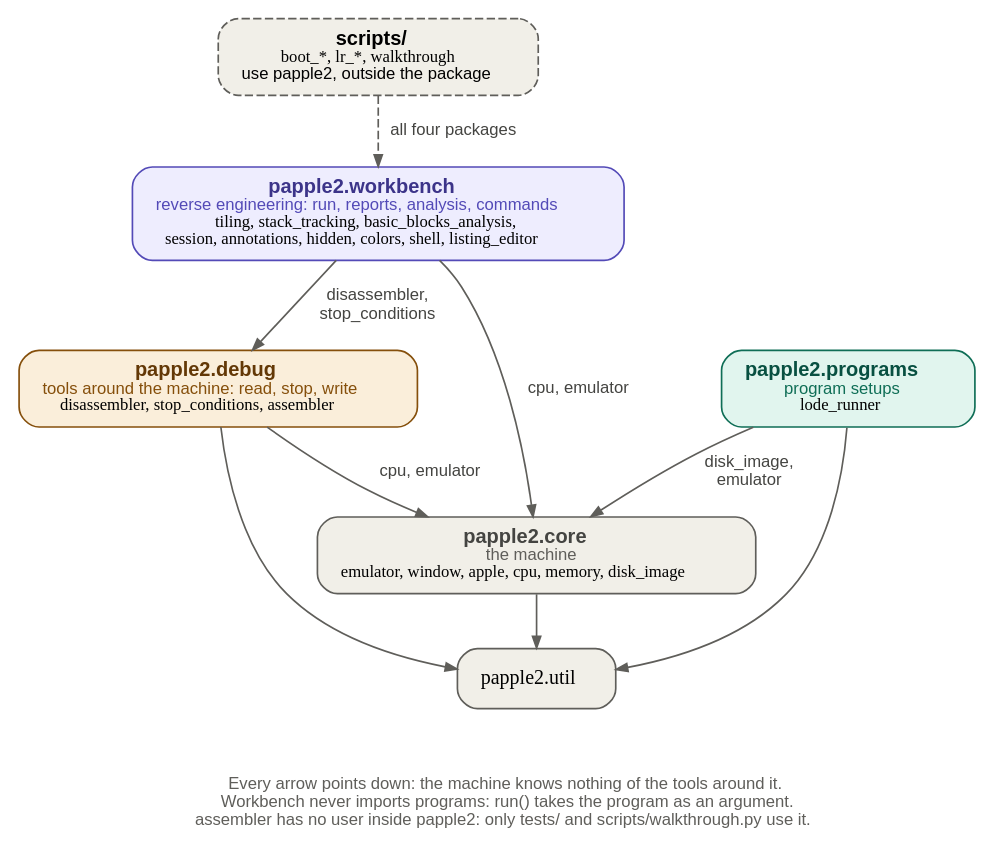
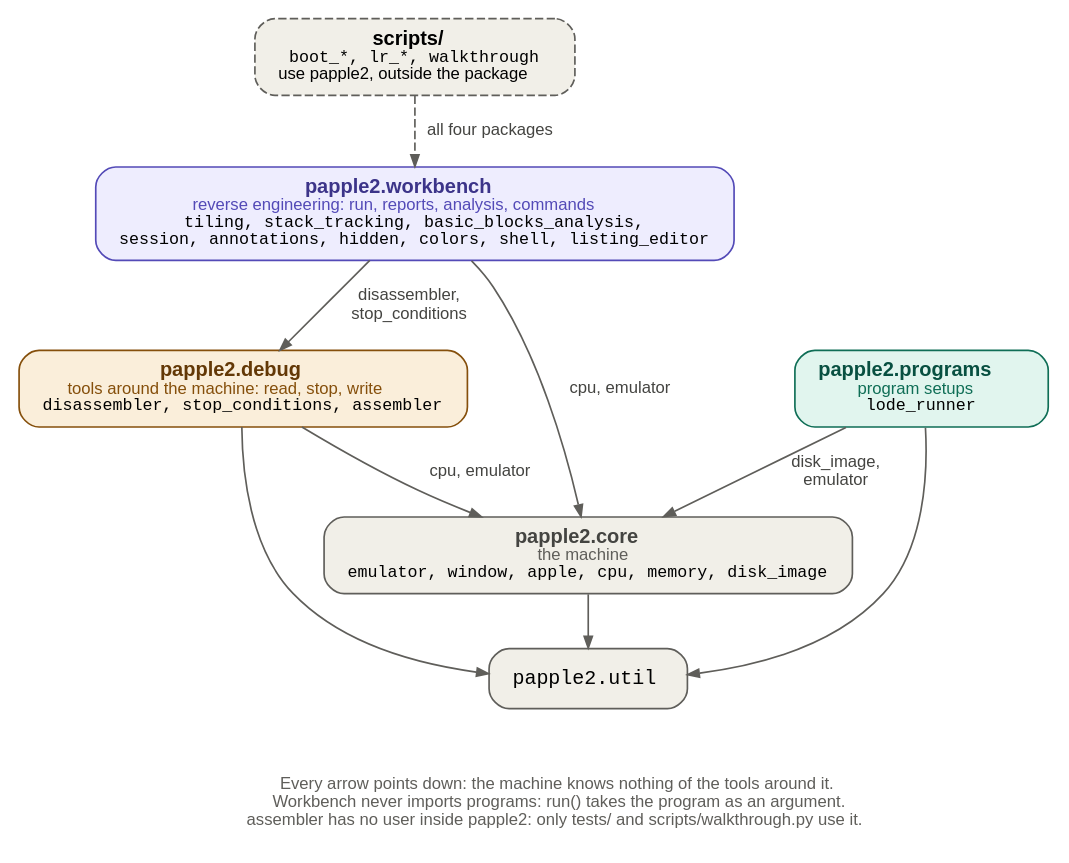
Before and after one commit to fschuhi/papple2: the diagram in docs/diagrams/packages.dot, drawn with Graphviz. The commit also changed 17 other files, not shown here.

Commit message:
diagrams done, documentation updated

```diff
--- a/docs/diagrams/packages.dot
+++ b/docs/diagrams/packages.dot
@@ -1,45 +1,45 @@
 // Overview: the four packages of papple2 and who imports whom.
 // The insides of workbench and core are in workbench.dot and core.dot.
 //
 // An arrow points from the package that imports to the package imported,
 // labelled with the modules imported. Rendered by `make presentation`.
 
 digraph packages {
     rankdir=TB;
     newrank=true;
     size="13.3,7.5";
     nodesep=0.5;
     ranksep=0.45;
     bgcolor="white";
     fontname="Helvetica";
     node [shape=box, style="rounded,filled", fontname="Helvetica", fontsize=12,
           color="#5F5E5A", penwidth=1, margin="0.2,0.1"];
     edge [color="#5F5E5A", fontname="Helvetica", fontsize=10, fontcolor="#444441",
           arrowsize=0.7];
 
-    scripts [style="rounded,filled,dashed", fillcolor="#F1EFE8", label=<<B>scripts/</B><BR/><FONT POINT-SIZE="10" FACE="Menlo">boot_*, lr_*, walkthrough</FONT><BR/><FONT POINT-SIZE="10">use papple2, outside the package</FONT>>];
+    scripts [style="rounded,filled,dashed", fillcolor="#F1EFE8", label=<<B>scripts/</B><BR/><FONT POINT-SIZE="10" FACE="monospace">boot_*, lr_*, walkthrough</FONT><BR/><FONT POINT-SIZE="10">use papple2, outside the package</FONT>>];
 
-    workbench [fillcolor="#EEEDFE", color="#534AB7", label=<<FONT COLOR="#3C3489"><B>papple2.workbench</B></FONT><BR/><FONT POINT-SIZE="10" COLOR="#534AB7">reverse engineering: run, reports, analysis, commands</FONT><BR/><FONT POINT-SIZE="10" FACE="Menlo">tiling, stack_tracking, basic_blocks_analysis,<BR/>session, annotations, hidden, colors, shell, listing_editor</FONT>>];
+    workbench [fillcolor="#EEEDFE", color="#534AB7", label=<<FONT COLOR="#3C3489"><B>papple2.workbench</B></FONT><BR/><FONT POINT-SIZE="10" COLOR="#534AB7">reverse engineering: run, reports, analysis, commands</FONT><BR/><FONT POINT-SIZE="10" FACE="monospace">tiling, stack_tracking, basic_blocks_analysis,<BR/>session, annotations, hidden, colors, shell, listing_editor</FONT>>];
 
-    debug [fillcolor="#FAEEDA", color="#854F0B", label=<<FONT COLOR="#633806"><B>papple2.debug</B></FONT><BR/><FONT POINT-SIZE="10" COLOR="#854F0B">tools around the machine: read, stop, write</FONT><BR/><FONT POINT-SIZE="10" FACE="Menlo">disassembler, stop_conditions, assembler</FONT>>];
+    debug [fillcolor="#FAEEDA", color="#854F0B", label=<<FONT COLOR="#633806"><B>papple2.debug</B></FONT><BR/><FONT POINT-SIZE="10" COLOR="#854F0B">tools around the machine: read, stop, write</FONT><BR/><FONT POINT-SIZE="10" FACE="monospace">disassembler, stop_conditions, assembler</FONT>>];
 
-    programs [fillcolor="#E1F5EE", color="#0F6E56", label=<<FONT COLOR="#085041"><B>papple2.programs</B></FONT><BR/><FONT POINT-SIZE="10" COLOR="#0F6E56">program setups</FONT><BR/><FONT POINT-SIZE="10" FACE="Menlo">lode_runner</FONT>>];
+    programs [fillcolor="#E1F5EE", color="#0F6E56", label=<<FONT COLOR="#085041"><B>papple2.programs</B></FONT><BR/><FONT POINT-SIZE="10" COLOR="#0F6E56">program setups</FONT><BR/><FONT POINT-SIZE="10" FACE="monospace">lode_runner</FONT>>];
 
-    core [fillcolor="#F1EFE8", color="#5F5E5A", label=<<FONT COLOR="#444441"><B>papple2.core</B></FONT><BR/><FONT POINT-SIZE="10" COLOR="#5F5E5A">the machine</FONT><BR/><FONT POINT-SIZE="10" FACE="Menlo">emulator, window, apple, cpu, memory, disk_image</FONT>>];
+    core [fillcolor="#F1EFE8", color="#5F5E5A", label=<<FONT COLOR="#444441"><B>papple2.core</B></FONT><BR/><FONT POINT-SIZE="10" COLOR="#5F5E5A">the machine</FONT><BR/><FONT POINT-SIZE="10" FACE="monospace">emulator, window, apple, cpu, memory, disk_image</FONT>>];
 
-    util [fillcolor="#F1EFE8", label=<<FONT FACE="Menlo">papple2.util</FONT>>];
+    util [fillcolor="#F1EFE8", label=<<FONT FACE="monospace">papple2.util</FONT>>];
 
     { rank=same; debug; programs; }
 
     scripts -> workbench [style=dashed, label=" all four packages "];
     workbench -> debug [label=" disassembler,\n stop_conditions "];
     workbench -> core [label=" cpu, emulator "];
     debug -> core [label=" cpu, emulator "];
     programs -> core [label=" disk_image,\n emulator "];
     core -> util;
     debug -> util;
     programs -> util;
 
     note [shape=plaintext, style="", fontsize=10, fontcolor="#5F5E5A", label=<Every arrow points down: the machine knows nothing of the tools around it.<BR/>Workbench never imports programs: run() takes the program as an argument.<BR/>assembler has no user inside papple2: only tests/ and scripts/walkthrough.py use it.>];
     util -> note [style=invis];
 }
```
